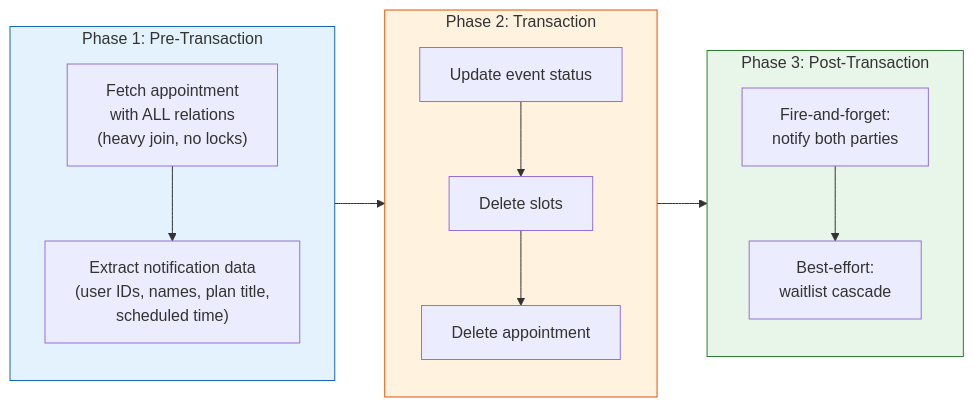
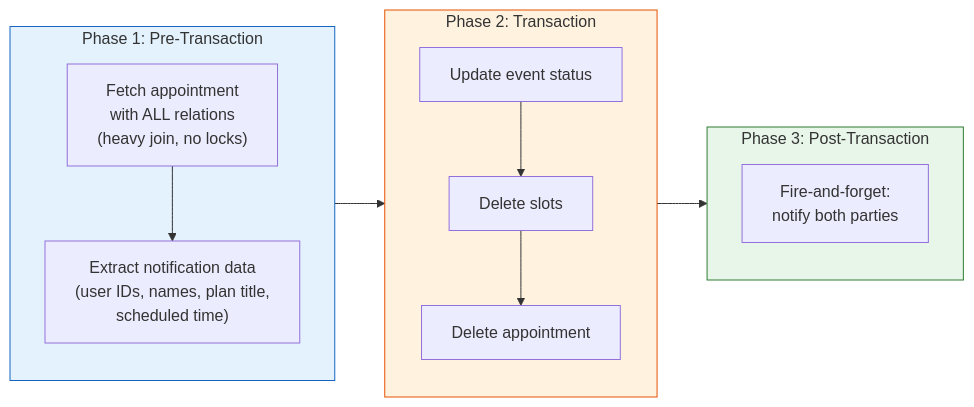
One commit to Practitionist/familiarise_web changed the second of 14 diagrams in docs/booking/08-cancellation-flow.md. Above: the diagram before and after it, drawn with Mermaid. The commit also changed other lines of this file and 181 other files, not shown here.

````diff
--- a/docs/booking/08-cancellation-flow.md
+++ b/docs/booking/08-cancellation-flow.md
@@ -226,24 +226,24 @@
 ```mermaid
 flowchart LR
     subgraph Phase1["Phase 1: Pre-Transaction"]
         direction TB
         A["Fetch appointment\nwith ALL relations\n(heavy join, no locks)"] --> B["Extract notification data\n(user IDs, names, plan title,\nscheduled time)"]
     end
 
     subgraph Phase2["Phase 2: Transaction"]
         direction TB
         C["Update event status"] --> D["Delete slots"]
         D --> E["Delete appointment"]
     end
 
     subgraph Phase3["Phase 3: Post-Transaction"]
         direction TB
-        F["Fire-and-forget:\nnotify both parties"] --> G["Best-effort:\nwaitlist cascade"]
+        F["Fire-and-forget:\nnotify both parties"]
     end
 
     Phase1 --> Phase2 --> Phase3
 
     style Phase1 fill:#e3f2fd,stroke:#1565c0
     style Phase2 fill:#fff3e0,stroke:#e65100
     style Phase3 fill:#e8f5e9,stroke:#2e7d32
 ```
````
